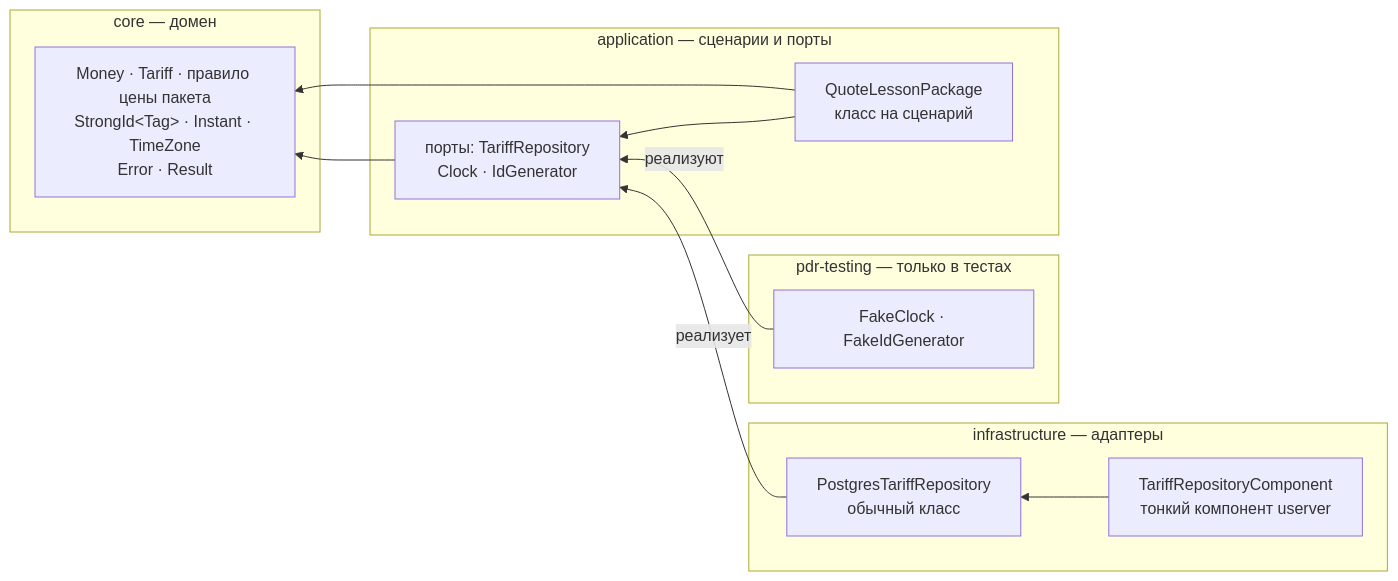
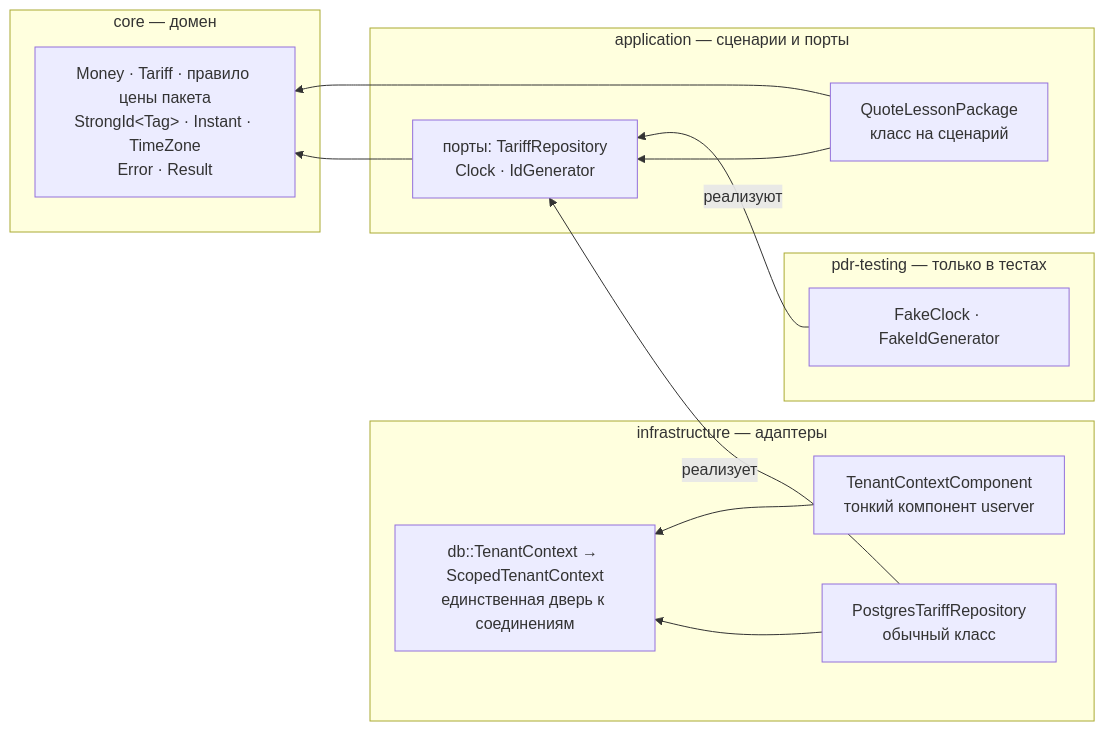
One commit to don-qu1xote/pdr changed the diagram in docs/architecture/layers.md. Above: the diagram before and after it, drawn with Mermaid. The commit also changed other lines of this file and 43 other files, not shown here.

````diff
--- a/docs/architecture/layers.md
+++ b/docs/architecture/layers.md
@@ -6,27 +6,29 @@
 ```mermaid
 flowchart RL
     subgraph infrastructure["infrastructure — адаптеры"]
-        component["TariffRepositoryComponent<br/>тонкий компонент userver"]
+        component["TenantContextComponent<br/>тонкий компонент userver"]
+        door["db::TenantContext → ScopedTenantContext<br/>единственная дверь к соединениям"]
         adapter["PostgresTariffRepository<br/>обычный класс"]
     end
 
     subgraph testing["pdr-testing — только в тестах"]
         fakes["FakeClock · FakeIdGenerator"]
     end
 
     subgraph application["application — сценарии и порты"]
         usecase["QuoteLessonPackage<br/>класс на сценарий"]
         port["порты: TariffRepository<br/>Clock · IdGenerator"]
     end
 
     subgraph core["core — домен"]
         domain["Money · Tariff · правило цены пакета<br/>StrongId&lt;Tag&gt; · Instant · TimeZone<br/>Error · Result"]
     end
 
-    component --> adapter
+    component --> door
+    adapter --> door
     adapter -- "реализует" --> port
     fakes -- "реализуют" --> port
     usecase --> port
     usecase --> domain
     port --> domain
 ```
````
